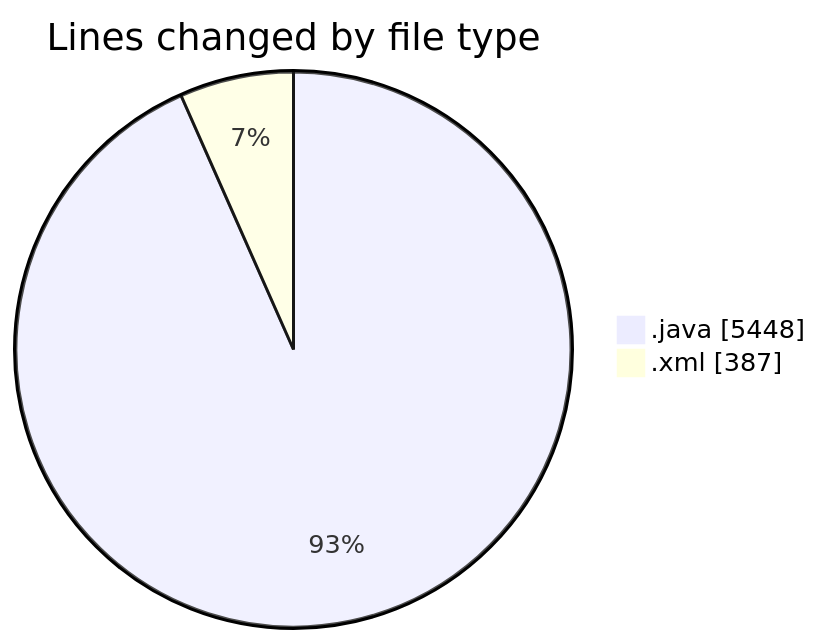
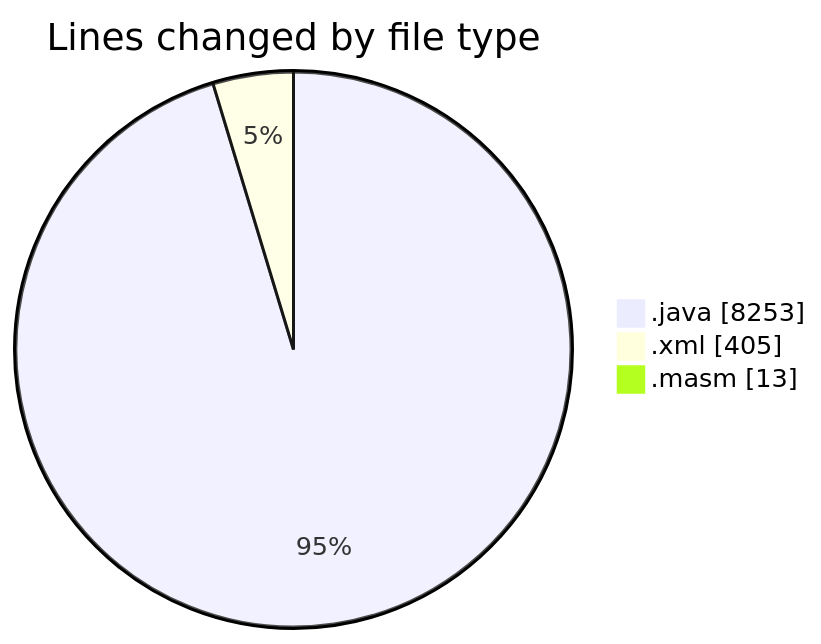
The first of 2 diagrams in 2025-05-01/jmasm/README.md (charlie-sans/code-tracking), drawn with Mermaid before and after one commit. The commit also changed other lines of this file and 1 other file, not shown here.

````diff
--- a/2025-05-01/jmasm/README.md
+++ b/2025-05-01/jmasm/README.md
@@ -30,6 +35,7 @@
 ```mermaid
 pie showData
 title Lines changed by file type
-".java" : 5448
-".xml" : 387
+".java" : 8253
+".xml" : 405
+".masm" : 13
 ```
````
